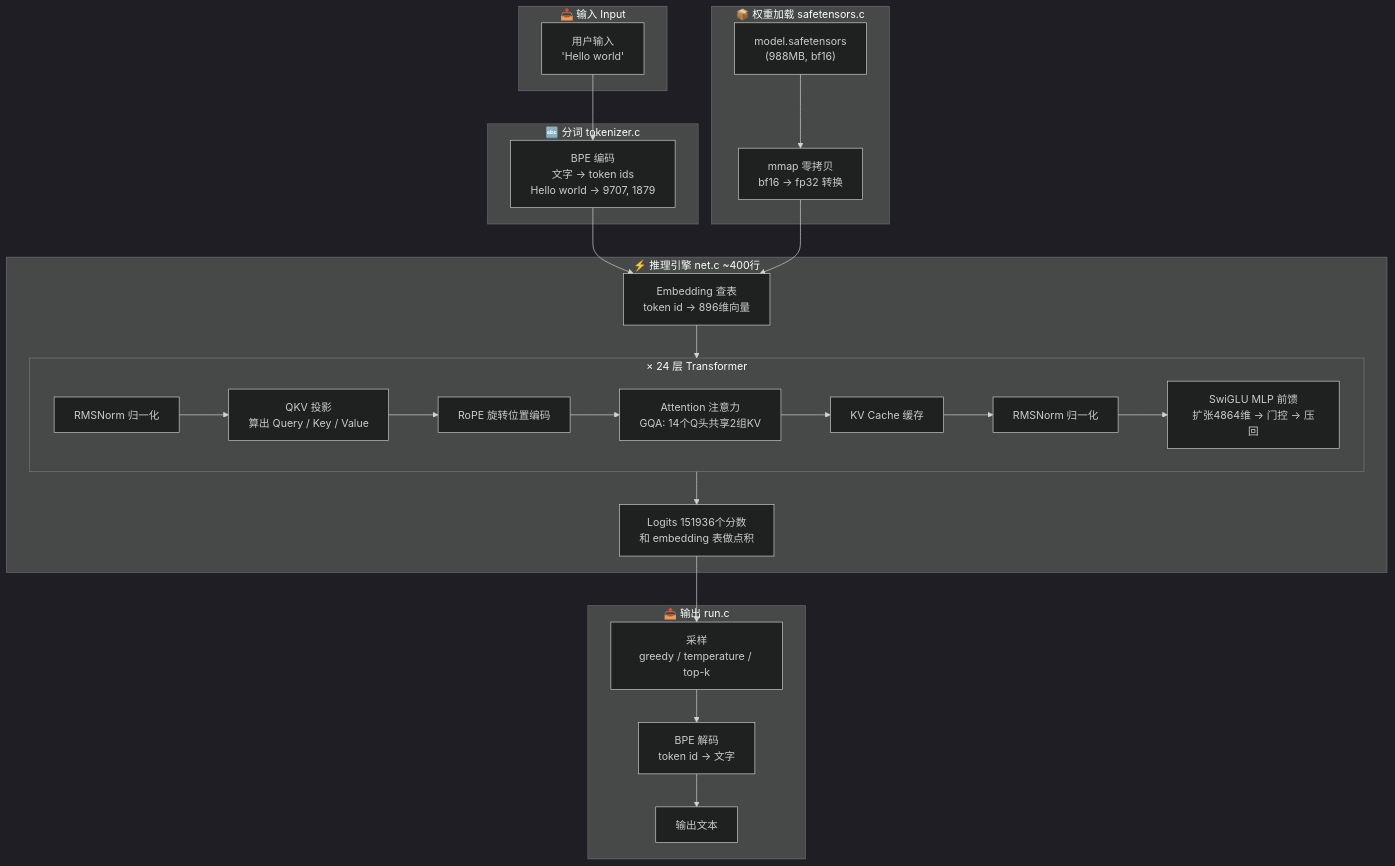
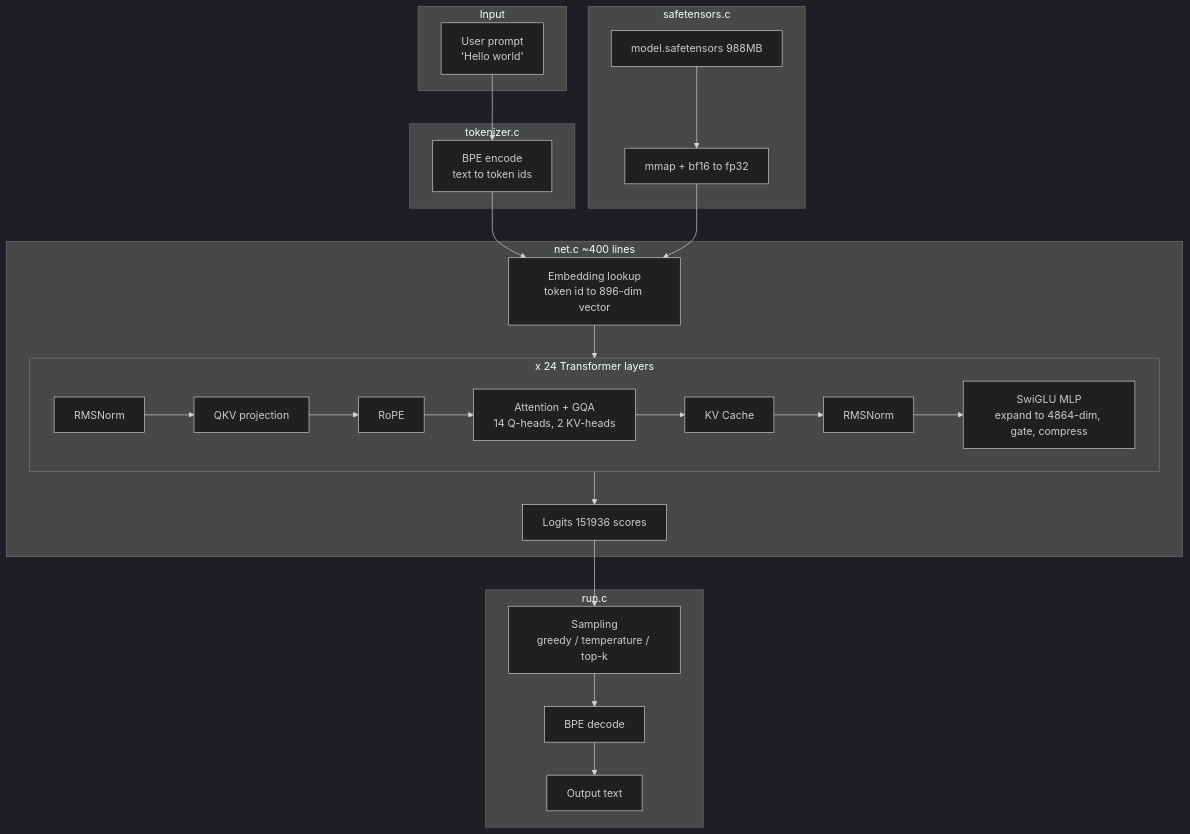
Before and after one commit to Michelinboard436/inference-learn: the diagram in README.md, drawn with Mermaid (dark theme). The commit also changed other lines of this file and 1 other file, not shown here.

````diff
--- a/README.md
+++ b/README.md
@@ -93,44 +76,36 @@
 ```mermaid
 flowchart TB
-    subgraph Input["📥 输入 Input"]
-        PROMPT["用户输入<br/>'Hello world'"]
+    subgraph Input["Input"]
+        PROMPT["User prompt<br/>'Hello world'"]
     end
-
-    subgraph Tokenize["🔤 分词 tokenizer.c"]
-        BPE["BPE 编码<br/>文字 → token ids<br/>Hello world → 9707, 1879"]
+    subgraph Tokenize["tokenizer.c"]
+        BPE["BPE encode<br/>text to token ids"]
     end
-
-    subgraph Loading["📦 权重加载 safetensors.c"]
-        FILE["model.safetensors<br/>(988MB, bf16)"]
-        MMAP["mmap 零拷贝<br/>bf16 → fp32 转换"]
+    subgraph Loading["safetensors.c"]
+        FILE["model.safetensors 988MB"]
+        MMAP["mmap + bf16 to fp32"]
         FILE --> MMAP
     end
-
-    subgraph Engine["⚡ 推理引擎 net.c ~400行"]
-        EMBED["Embedding 查表<br/>token id → 896维向量"]
-        subgraph Layer["× 24 层 Transformer"]
-            NORM1["RMSNorm 归一化"]
-            QKV["QKV 投影<br/>算出 Query / Key / Value"]
-            ROPE["RoPE 旋转位置编码"]
-            ATT["Attention 注意力<br/>GQA: 14个Q头共享2组KV"]
-            CACHE["KV Cache 缓存"]
-            NORM2["RMSNorm 归一化"]
-            MLP["SwiGLU MLP 前馈<br/>扩张4864维 → 门控 → 压回"]
-            NORM1 --> QKV --> ROPE --> ATT --> CACHE --> NORM2 --> MLP
+    subgraph Engine["net.c ~400 lines"]
+        EMBED["Embedding lookup<br/>token id to 896-dim vector"]
+        subgraph Layer["x 24 Transformer layers"]
+            NORM1["RMSNorm"] --> QKV["QKV projection"]
+            QKV --> ROPE["RoPE"]
+            ROPE --> ATT["Attention + GQA<br/>14 Q-heads, 2 KV-heads"]
+            ATT --> CACHE["KV Cache"]
+            CACHE --> NORM2["RMSNorm"]
+            NORM2 --> MLP["SwiGLU MLP<br/>expand to 4864-dim, gate, compress"]
         end
-        LOGITS["Logits 151936个分数<br/>和 embedding 表做点积"]
+        LOGITS["Logits 151936 scores"]
         EMBED --> Layer --> LOGITS
     end
-
-    subgraph Output["📤 输出 run.c"]
-        SAMPLE["采样<br/>greedy / temperature / top-k"]
-        DECODE["BPE 解码<br/>token id → 文字"]
-        PRINT["输出文本"]
+    subgraph Output["run.c"]
+        SAMPLE["Sampling<br/>greedy / temperature / top-k"]
+        DECODE["BPE decode"]
+        PRINT["Output text"]
         SAMPLE --> DECODE --> PRINT
     end
-
-    PROMPT --> BPE
-    BPE --> EMBED
+    PROMPT --> BPE --> EMBED
     MMAP --> EMBED
     LOGITS --> SAMPLE
 ```
````
